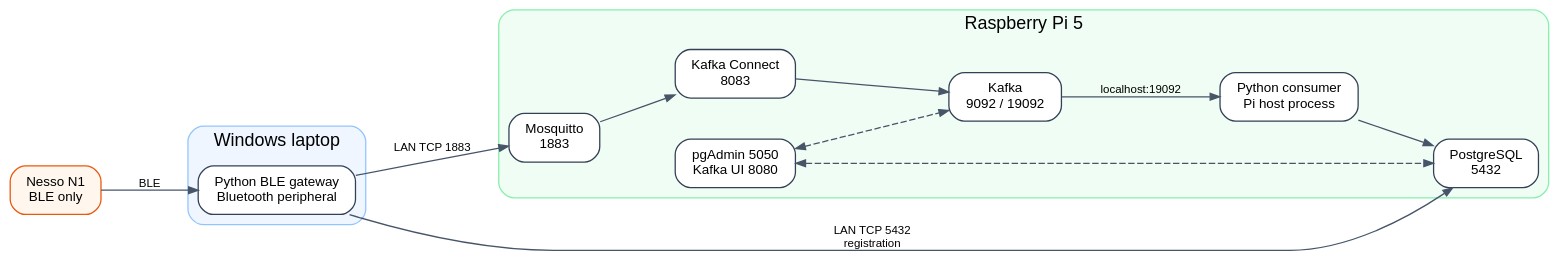
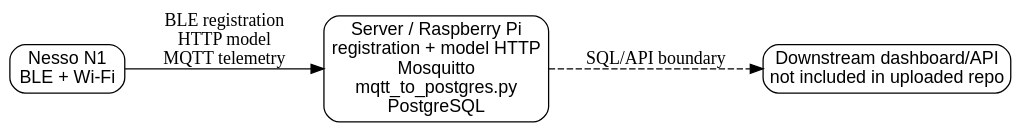
One commit to minhtribui153/fall-analysis changed the diagram in docs/assets/deployment-topology.dot. Above: the diagram before and after it, drawn with Graphviz. The commit also changed 31 other files, not shown here.

```diff
--- a/docs/assets/deployment-topology.dot
+++ b/docs/assets/deployment-topology.dot
@@ -1,32 +1,8 @@
 digraph G {
-  graph [rankdir=LR, bgcolor="transparent", pad=0.3, nodesep=0.45, ranksep=0.8, fontname="Arial", compound=true];
-  node [shape=box, style="rounded,filled", fontname="Arial", fontsize=10.5, color="#334155", fillcolor="#FFFFFF", margin="0.16,0.10"];
-  edge [fontname="Arial", fontsize=9, color="#475569", arrowsize=0.75];
-
-  nesso [label="Nesso N1\nBLE only", fillcolor="#FFF7ED", color="#EA580C"];
-
-  subgraph cluster_laptop {
-    label="Windows laptop"; color="#93C5FD"; style="rounded,filled"; fillcolor="#EFF6FF"; fontname="Arial";
-    gateway [label="Python BLE gateway\nBluetooth peripheral"];
-  }
-
-  subgraph cluster_pi {
-    label="Raspberry Pi 5"; color="#86EFAC"; style="rounded,filled"; fillcolor="#F0FDF4"; fontname="Arial";
-    mqtt [label="Mosquitto\n1883"];
-    postgres [label="PostgreSQL\n5432"];
-    connect [label="Kafka Connect\n8083"];
-    kafka [label="Kafka\n9092 / 19092"];
-    consumer [label="Python consumer\nPi host process"];
-    admin [label="pgAdmin 5050\nKafka UI 8080"];
-  }
-
-  nesso -> gateway [label="BLE"];
-  gateway -> mqtt [label="LAN TCP 1883"];
-  gateway -> postgres [label="LAN TCP 5432\nregistration"];
-  mqtt -> connect;
-  connect -> kafka;
-  kafka -> consumer [label="localhost:19092"];
-  consumer -> postgres;
-  admin -> kafka [dir=both, style=dashed];
-  admin -> postgres [dir=both, style=dashed];
+  rankdir=LR; graph [bgcolor="transparent", pad="0.2"]; node [shape=box, style="rounded", fontname="Arial"];
+  n [label="Nesso N1\nBLE + Wi-Fi"];
+  s [label="Server / Raspberry Pi\nregistration + model HTTP\nMosquitto\nmqtt_to_postgres.py\nPostgreSQL"];
+  d [label="Downstream dashboard/API\nnot included in uploaded repo"];
+  n -> s [label="BLE registration\nHTTP model\nMQTT telemetry"];
+  s -> d [style=dashed,label="SQL/API boundary"];
 }
```
